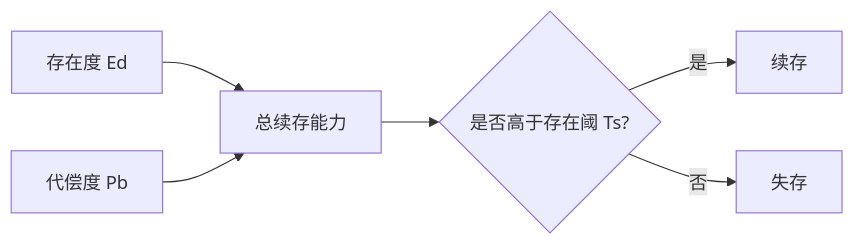
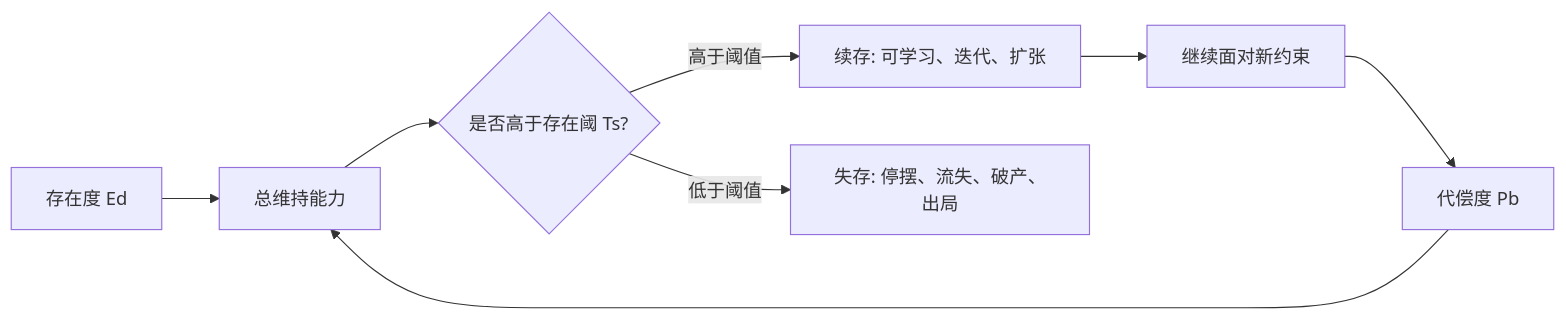
Before and after one commit to digoal/blog: the diagram in 202605/20260518_47.md, drawn with Mermaid. The commit also changed other lines of this file and 16 other files, not shown here.

````diff
--- a/202605/20260518_47.md
+++ b/202605/20260518_47.md
@@ -22,8 +22,10 @@
 ```mermaid
 flowchart LR
-  A["存在度 Ed"] --> C["总续存能力"]
+  A["存在度 Ed"] --> C["总维持能力"]
   B["代偿度 Pb"] --> C
   C --> D{"是否高于存在阈 Ts?"}
-  D -->|"是"| E["续存"]
-  D -->|"否"| F["失存"]
+  D -- "高于阈值" --> E["续存: 可学习、迭代、扩张"]
+  D -- "低于阈值" --> F["失存: 停摆、流失、破产、出局"]
+  E --> G["继续面对新约束"]
+  G --> B
 ```
````
